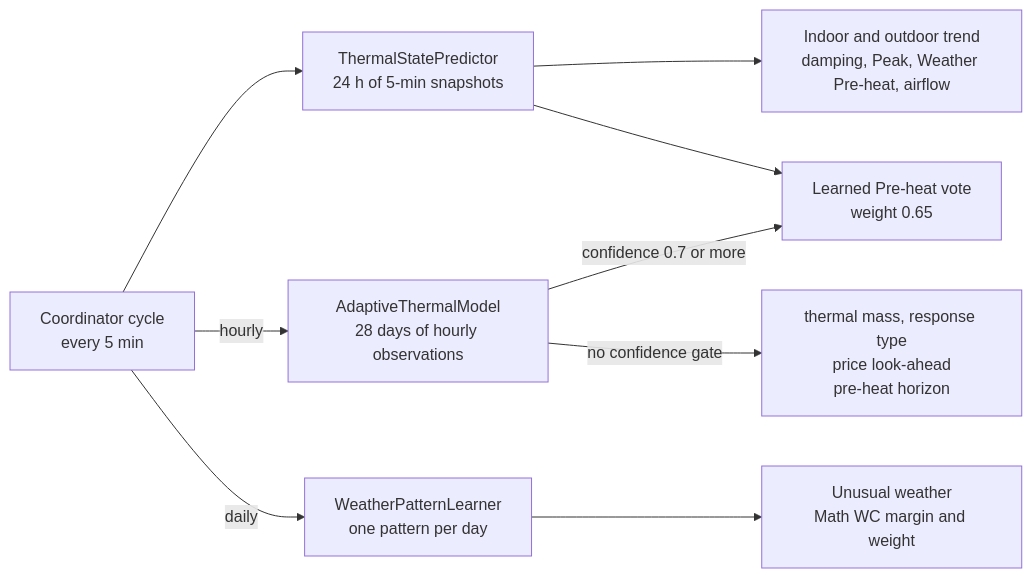
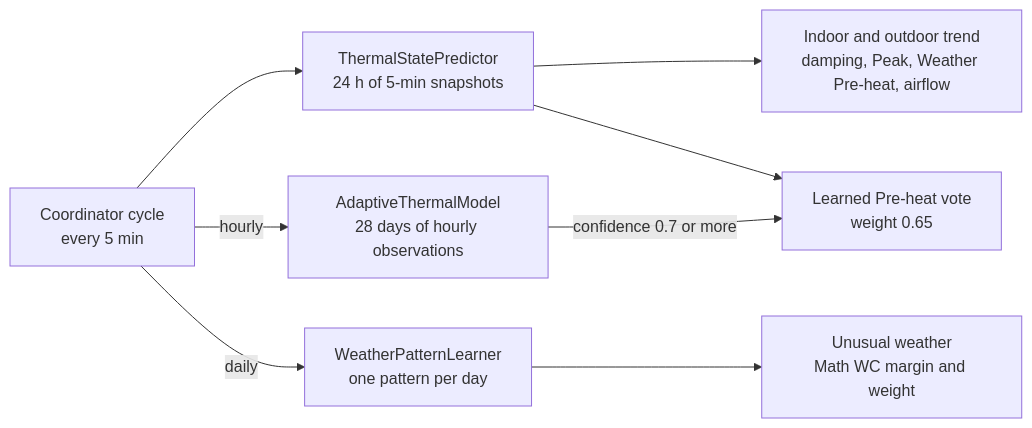
The diagram in docs/architecture/06_learning_integration.md (enoch85/EffektGuard), drawn with Mermaid before and after one commit. The commit also changed other lines of this file and 5 other files, not shown here.

Commit message:
Learning leaves the thermal mass and the look-ahead to the owner's settings

````diff
--- a/docs/architecture/06_learning_integration.md
+++ b/docs/architecture/06_learning_integration.md
@@ -7,13 +7,11 @@
 ```mermaid
 flowchart LR
     C["Coordinator cycle<br/>every 5 min"]
     C --> P["ThermalStatePredictor<br/>24 h of 5-min snapshots"]
     C -->|hourly| A["AdaptiveThermalModel<br/>28 days of hourly observations"]
     C -->|daily| W["WeatherPatternLearner<br/>one pattern per day"]
     P --> T["Indoor and outdoor trend<br/>damping, Peak, Weather Pre-heat, airflow"]
     P --> L["Learned Pre-heat vote<br/>weight 0.65"]
-    M["thermal mass, response type<br/>price look-ahead<br/>pre-heat horizon"]
-    A -->|no confidence gate| M
     A -->|confidence 0.7 or more| L
     W --> U["Unusual weather<br/>Math WC margin and weight"]
 ```
````
